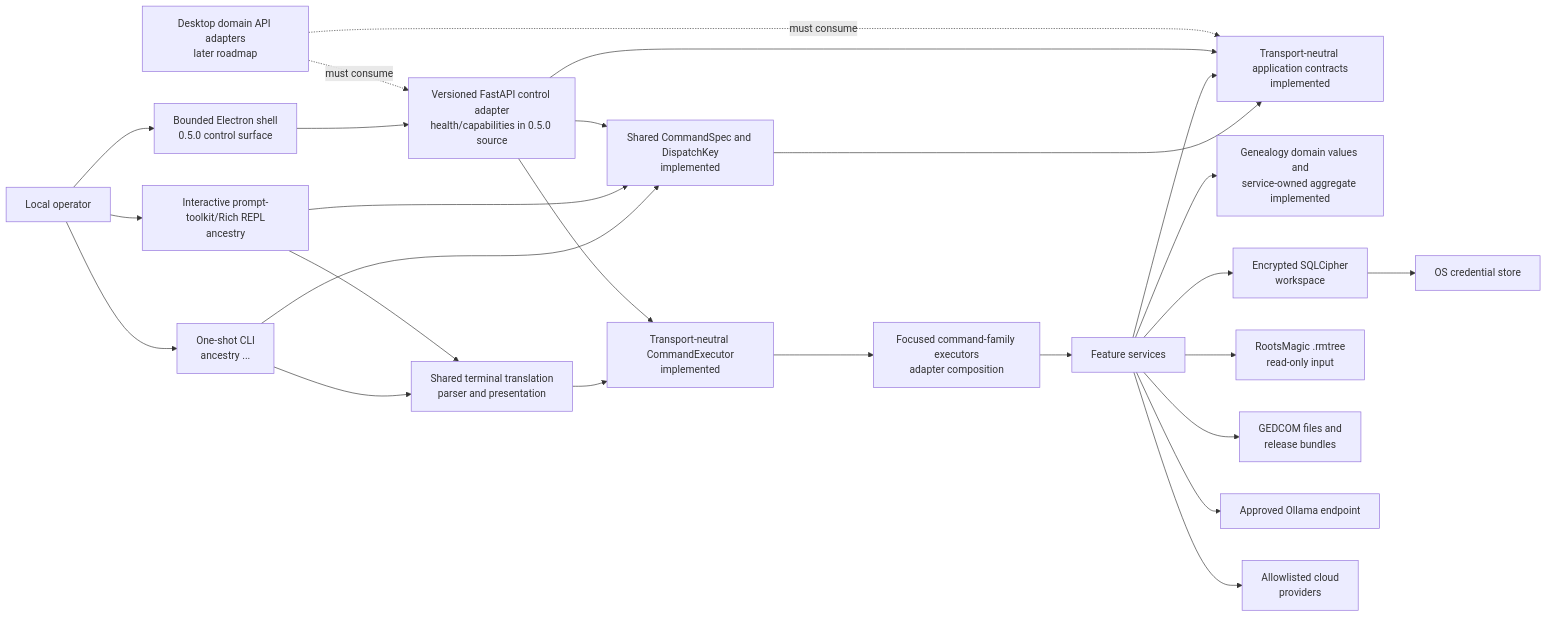
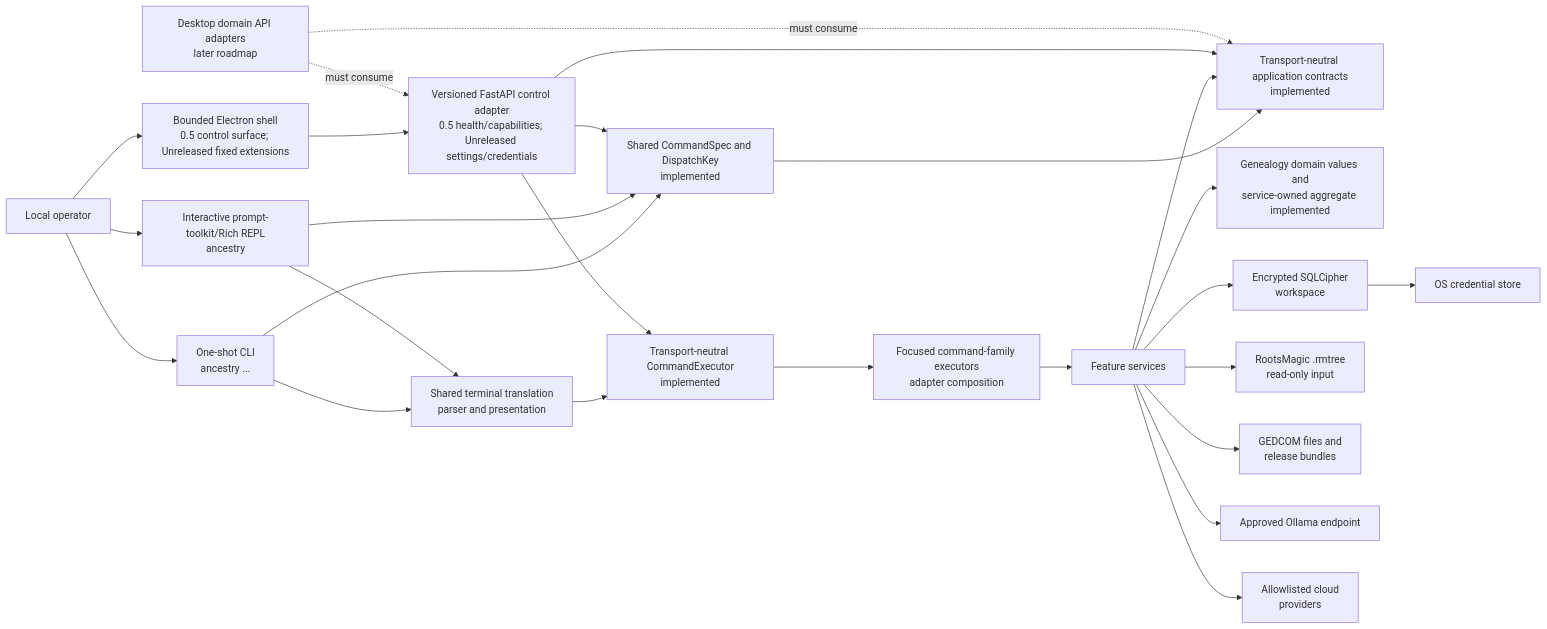
Before and after one commit to sodejm/AncestryLLM: the first of 3 diagrams in ARCHITECTURE.md, drawn with Mermaid. The commit also changed other lines of this file and 50 other files, not shown here.

First line of the commit message:
feat(desktop): add settings and secret management (#396)

````diff
--- a/ARCHITECTURE.md
+++ b/ARCHITECTURE.md
@@ -74,48 +76,48 @@
 ```mermaid
 flowchart LR
     Operator["Local operator"]
     CLI["One-shot CLI\nancestry ..."]
     Console["Interactive prompt-toolkit/Rich REPL\nancestry"]
     Specs["Shared CommandSpec and DispatchKey\nimplemented"]
     Contracts["Transport-neutral application contracts\nimplemented"]
     Terminal["Shared terminal translation\nparser and presentation"]
     Executor["Transport-neutral CommandExecutor\nimplemented"]
     Handlers["Focused command-family executors\nadapter composition"]
     Services["Feature services"]
     Domain["Genealogy domain values and\nservice-owned aggregate implemented"]
     Workspace["Encrypted SQLCipher\nworkspace"]
     Keyring["OS credential store"]
     RM["RootsMagic .rmtree\nread-only input"]
     GED["GEDCOM files and\nrelease bundles"]
     LocalLLM["Approved Ollama endpoint"]
     Cloud["Allowlisted cloud\nproviders"]
-    ControlAPI["Versioned FastAPI control adapter\nhealth/capabilities in 0.5.0 source"]
-    Desktop["Bounded Electron shell\n0.5.0 control surface"]
+    ControlAPI["Versioned FastAPI control adapter\n0.5 health/capabilities; Unreleased settings/credentials"]
+    Desktop["Bounded Electron shell\n0.5 control surface; Unreleased fixed extensions"]
     Future["Desktop domain API adapters\nlater roadmap"]
 
     Operator --> CLI
     Operator --> Console
     Operator --> Desktop
     CLI --> Specs
     Console --> Specs
     CLI --> Terminal
     Console --> Terminal
     Terminal --> Executor
     Executor --> Handlers
     Handlers --> Services
     Specs --> Contracts
     Services --> Contracts
     Services --> Domain
     Services --> Workspace
     Workspace --> Keyring
     Services --> RM
     Services --> GED
     Services --> LocalLLM
     Services --> Cloud
     Desktop --> ControlAPI
     ControlAPI --> Specs
     ControlAPI --> Contracts
     ControlAPI --> Executor
     Future -. "must consume" .-> ControlAPI
     Future -. "must consume" .-> Contracts
 ```
````
